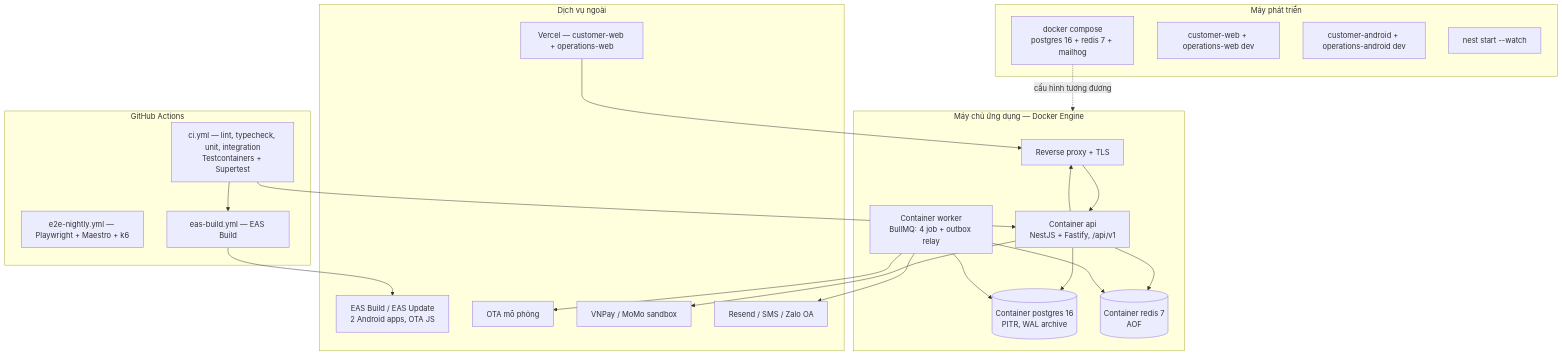
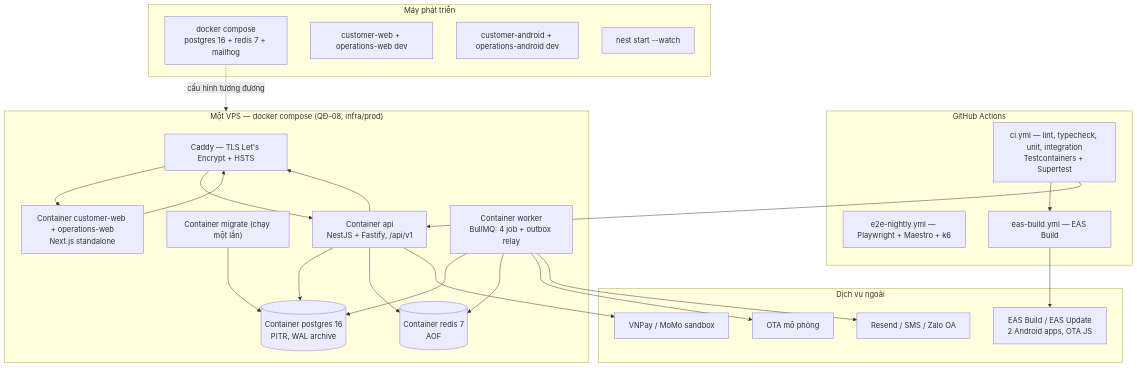
One commit to minhtuluc/HotelBuild changed the third of 3 diagrams in docs/04-thiet-ke/kien-truc.md. Above: the diagram before and after it, drawn with Mermaid. The commit also changed other lines of this file and 21 other files, not shown here.

First line of the commit message:
feat(HB-175): compose production một VPS — Caddy TLS, 2 web trên VPS, migrate, TRUST_PROXY_HOPS (#287)

````diff
--- a/docs/04-thiet-ke/kien-truc.md
+++ b/docs/04-thiet-ke/kien-truc.md
@@ -280,46 +280,49 @@
 ```mermaid
 flowchart TB
   subgraph DEV["Máy phát triển"]
     DC["docker compose<br/>postgres 16 + redis 7 + mailhog"]
     LOCALWEB["customer-web + operations-web dev"]
     LOCALMOBILE["customer-android + operations-android dev"]
     LOCALAPI["nest start --watch"]
   end
 
   subgraph CICD["GitHub Actions"]
     CI["ci.yml — lint, typecheck, unit, integration<br/>Testcontainers + Supertest"]
     E2E["e2e-nightly.yml — Playwright + Maestro + k6"]
     EASW["eas-build.yml — EAS Build"]
   end
 
-  subgraph PROD["Máy chủ ứng dụng — Docker Engine"]
-    PROXY["Reverse proxy + TLS"]
+  subgraph PROD["Một VPS — docker compose (QĐ-08, infra/prod)"]
+    PROXY["Caddy — TLS Let's Encrypt + HSTS"]
+    WEBC["Container customer-web + operations-web<br/>Next.js standalone"]
+    MIG["Container migrate (chạy một lần)"]
     APIC["Container api<br/>NestJS + Fastify, /api/v1"]
     WORK["Container worker<br/>BullMQ: 4 job + outbox relay"]
     PGS[("Container postgres 16<br/>PITR, WAL archive")]
     RDS[("Container redis 7<br/>AOF")]
   end
 
   subgraph SAAS["Dịch vụ ngoài"]
-    VERCEL["Vercel — customer-web + operations-web"]
     EAS["EAS Build / EAS Update<br/>2 Android apps, OTA JS"]
     OTASIM["OTA mô phỏng"]
     PSPSB["VNPay / MoMo sandbox"]
     MAIL["Resend / SMS / Zalo OA"]
   end
 
   CI --> EASW
   CI --> APIC
   EASW --> EAS
-  VERCEL --> PROXY
+  PROXY --> WEBC
+  WEBC --> PROXY
+  MIG --> PGS
   APIC --> PROXY
   APIC --> PGS
   APIC --> RDS
   WORK --> PGS
   WORK --> RDS
   WORK --> OTASIM
   WORK --> MAIL
   APIC --> PSPSB
   PROXY --> APIC
   DC -. "cấu hình tương đương" .-> PROD
 ```
````
